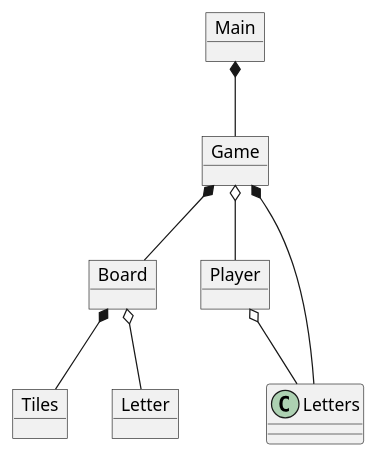
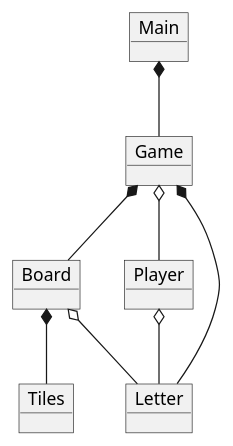
One commit to cph-dh223/ICE changed the diagram in doc/domaindiagram.puml. Above: the diagram before and after it, drawn with PlantUML.

```diff
--- a/doc/domaindiagram.puml
+++ b/doc/domaindiagram.puml
@@ -1,17 +1,17 @@
 @startuml domaindiagram
 object Main
 object Game
 object Tiles
 object Board
 object Player
 object Letter
 
 Main *-- Game
 Game o-- Player
 Game *-- Board 
-Game *-- Letters
-Player o-- Letters
+Game *-- Letter
+Player o-- Letter
 Board *-- Tiles
 Board o-- Letter
 
 @enduml
```
